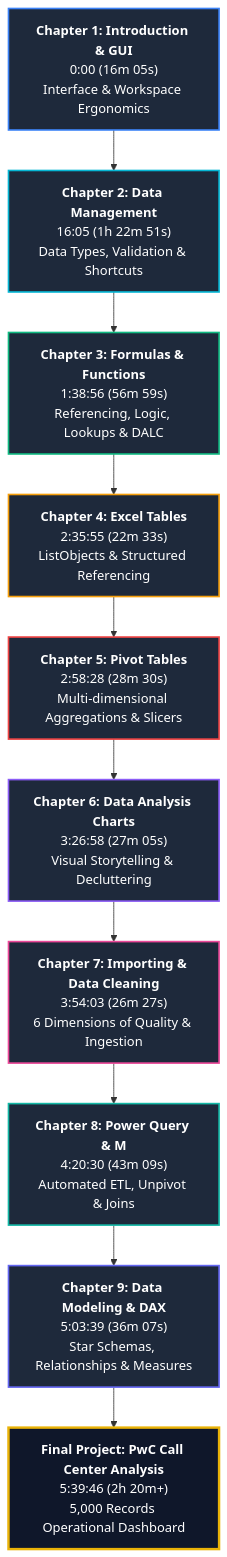
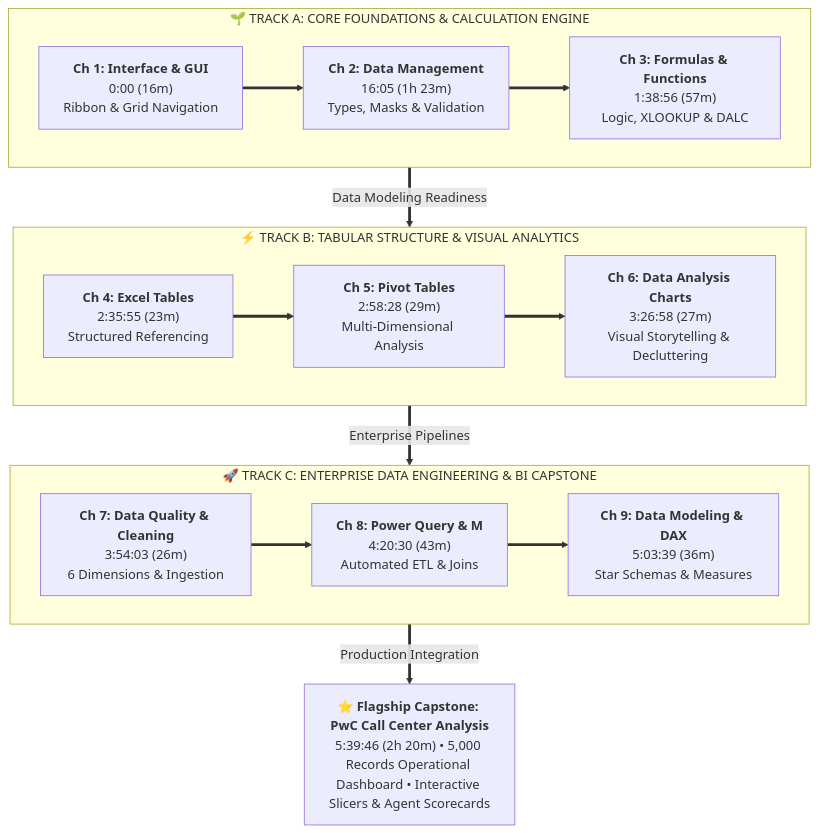
One commit to Sohila-Khaled-Abbas/COURSE-EXCEL-ZERO-TO-HERO changed the diagram in 01_Course/Course Curriculum.md. Above: the diagram before and after it, drawn with Mermaid.

Commit message:
feat(auto-sync): update 00_Home\Home.md [2026-09-30 19:20:18]

````diff
--- a/01_Course/Course Curriculum.md
+++ b/01_Course/Course Curriculum.md
@@ -40,23 +40,32 @@
 ```mermaid
 flowchart TD
-    C1["<b>Chapter 1: Introduction & GUI</b><br/>0:00 (16m 05s)<br/>Interface & Workspace Ergonomics"] --> C2["<b>Chapter 2: Data Management</b><br/>16:05 (1h 22m 51s)<br/>Data Types, Validation & Shortcuts"]
-    C2 --> C3["<b>Chapter 3: Formulas & Functions</b><br/>1:38:56 (56m 59s)<br/>Referencing, Logic, Lookups & DALC"]
-    C3 --> C4["<b>Chapter 4: Excel Tables</b><br/>2:35:55 (22m 33s)<br/>ListObjects & Structured Referencing"]
-    C4 --> C5["<b>Chapter 5: Pivot Tables</b><br/>2:58:28 (28m 30s)<br/>Multi-dimensional Aggregations & Slicers"]
-    C5 --> C6["<b>Chapter 6: Data Analysis Charts</b><br/>3:26:58 (27m 05s)<br/>Visual Storytelling & Decluttering"]
-    C6 --> C7["<b>Chapter 7: Importing & Data Cleaning</b><br/>3:54:03 (26m 27s)<br/>6 Dimensions of Quality & Ingestion"]
-    C7 --> C8["<b>Chapter 8: Power Query & M</b><br/>4:20:30 (43m 09s)<br/>Automated ETL, Unpivot & Joins"]
-    C8 --> C9["<b>Chapter 9: Data Modeling & DAX</b><br/>5:03:39 (36m 07s)<br/>Star Schemas, Relationships & Measures"]
-    C9 --> C10["<b>Final Project: PwC Call Center Analysis</b><br/>5:39:46 (2h 20m+)<br/>5,000 Records Operational Dashboard"]
+    subgraph TrackA ["🌱 TRACK A: CORE FOUNDATIONS & CALCULATION ENGINE"]
+        direction LR
+        C1["<b>Ch 1: Interface & GUI</b><br/>0:00 (16m)<br/>Ribbon & Grid Navigation"]
+        C2["<b>Ch 2: Data Management</b><br/>16:05 (1h 23m)<br/>Types, Masks & Validation"]
+        C3["<b>Ch 3: Formulas & Functions</b><br/>1:38:56 (57m)<br/>Logic, XLOOKUP & DALC"]
+        C1 ==> C2 ==> C3
+    end
 
-    style C1 fill:#1e293b,stroke:#3b82f6,stroke-width:2px,color:#fff
-    style C2 fill:#1e293b,stroke:#06b6d4,stroke-width:2px,color:#fff
-    style C3 fill:#1e293b,stroke:#10b981,stroke-width:2px,color:#fff
-    style C4 fill:#1e293b,stroke:#f59e0b,stroke-width:2px,color:#fff
-    style C5 fill:#1e293b,stroke:#ef4444,stroke-width:2px,color:#fff
-    style C6 fill:#1e293b,stroke:#8b5cf6,stroke-width:2px,color:#fff
-    style C7 fill:#1e293b,stroke:#ec4899,stroke-width:2px,color:#fff
-    style C8 fill:#1e293b,stroke:#14b8a6,stroke-width:2px,color:#fff
-    style C9 fill:#1e293b,stroke:#6366f1,stroke-width:2px,color:#fff
-    style C10 fill:#0f172a,stroke:#eab308,stroke-width:3px,color:#fff
+    subgraph TrackB ["⚡ TRACK B: TABULAR STRUCTURE & VISUAL ANALYTICS"]
+        direction LR
+        C4["<b>Ch 4: Excel Tables</b><br/>2:35:55 (23m)<br/>Structured Referencing"]
+        C5["<b>Ch 5: Pivot Tables</b><br/>2:58:28 (29m)<br/>Multi-Dimensional Analysis"]
+        C6["<b>Ch 6: Data Analysis Charts</b><br/>3:26:58 (27m)<br/>Visual Storytelling & Decluttering"]
+        C4 ==> C5 ==> C6
+    end
+
+    subgraph TrackC ["🚀 TRACK C: ENTERPRISE DATA ENGINEERING & BI CAPSTONE"]
+        direction LR
+        C7["<b>Ch 7: Data Quality & Cleaning</b><br/>3:54:03 (26m)<br/>6 Dimensions & Ingestion"]
+        C8["<b>Ch 8: Power Query & M</b><br/>4:20:30 (43m)<br/>Automated ETL & Joins"]
+        C9["<b>Ch 9: Data Modeling & DAX</b><br/>5:03:39 (36m)<br/>Star Schemas & Measures"]
+        C7 ==> C8 ==> C9
+    end
+
+    CAPSTONE["<b>⭐ Flagship Capstone: PwC Call Center Analysis</b><br/>5:39:46 (2h 20m) • 5,000 Records Operational Dashboard • Interactive Slicers & Agent Scorecards"]
+
+    TrackA ==>|Data Modeling Readiness| TrackB
+    TrackB ==>|Enterprise Pipelines| TrackC
+    TrackC ==>|Production Integration| CAPSTONE
 ```
````
